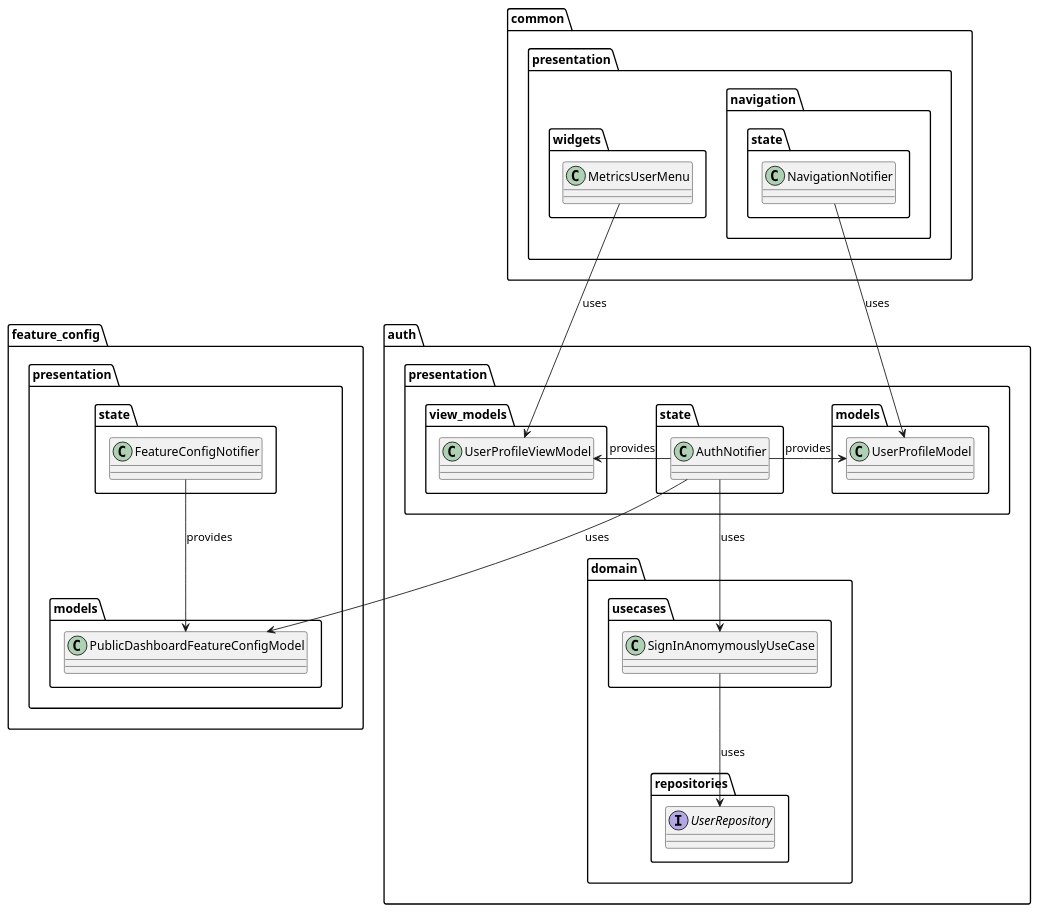
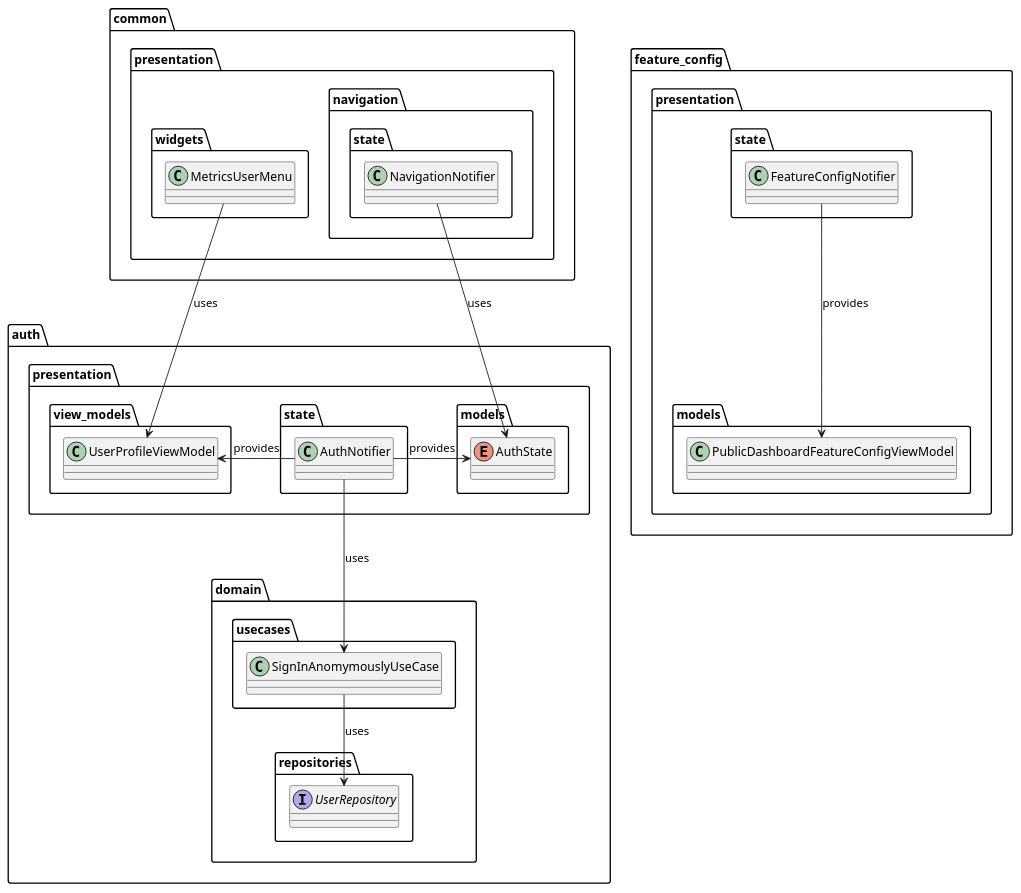
The diagram in metrics/web/docs/features/public_dashboard/diagrams/public_dashboard_architecture_class.puml (Flank/flank-dashboard), drawn with PlantUML before and after one commit. The commit also changed 2 other files, not shown here.

Commit message:
Implement public dashboard design

```diff
--- a/metrics/web/docs/features/public_dashboard/diagrams/public_dashboard_architecture_class.puml
+++ b/metrics/web/docs/features/public_dashboard/diagrams/public_dashboard_architecture_class.puml
@@ -1,63 +1,62 @@
 @startuml public_dashboard_architecture_class
 
 package feature_config.presentation {
     package models {
-        class PublicDashboardFeatureConfigModel {}
+        class PublicDashboardFeatureConfigViewModel {}
     }
 
     package state {
         class FeatureConfigNotifier {}
     }
 }
 
 package auth {
     package domain {
         package usecases {
             class SignInAnomymouslyUseCase {}
         }
 
         package repositories {
             interface UserRepository {}
         }
     }
 
     package presentation as auth.presentation {
         package models as auth.presentation.models {
-            class UserProfileModel {}
+            enum AuthState {}
         }
 
 
         package state as auth.presentation.state {
             class AuthNotifier {}
         }
 
         package view_models as auth.presentation.view_models {
             class UserProfileViewModel {}
         }
     }
 }
 
 package common.presentation {
     package widgets as common.presentation.widgets {
         class MetricsUserMenu {}
     }
 
     package navigation.state {
         class NavigationNotifier {}
     }
 }
 
 
-FeatureConfigNotifier --> PublicDashboardFeatureConfigModel : provides
+FeatureConfigNotifier --> PublicDashboardFeatureConfigViewModel : provides
 
-AuthNotifier --> PublicDashboardFeatureConfigModel : uses
 AuthNotifier -left-> UserProfileViewModel : provides
 AuthNotifier --> SignInAnomymouslyUseCase : uses
-AuthNotifier -right-> UserProfileModel : provides
+AuthNotifier -right-> AuthState : provides
 
 SignInAnomymouslyUseCase --> UserRepository : uses
 
 MetricsUserMenu --> UserProfileViewModel : uses
-NavigationNotifier --> UserProfileModel : uses
+NavigationNotifier --> AuthState : uses
 
 @enduml
```
